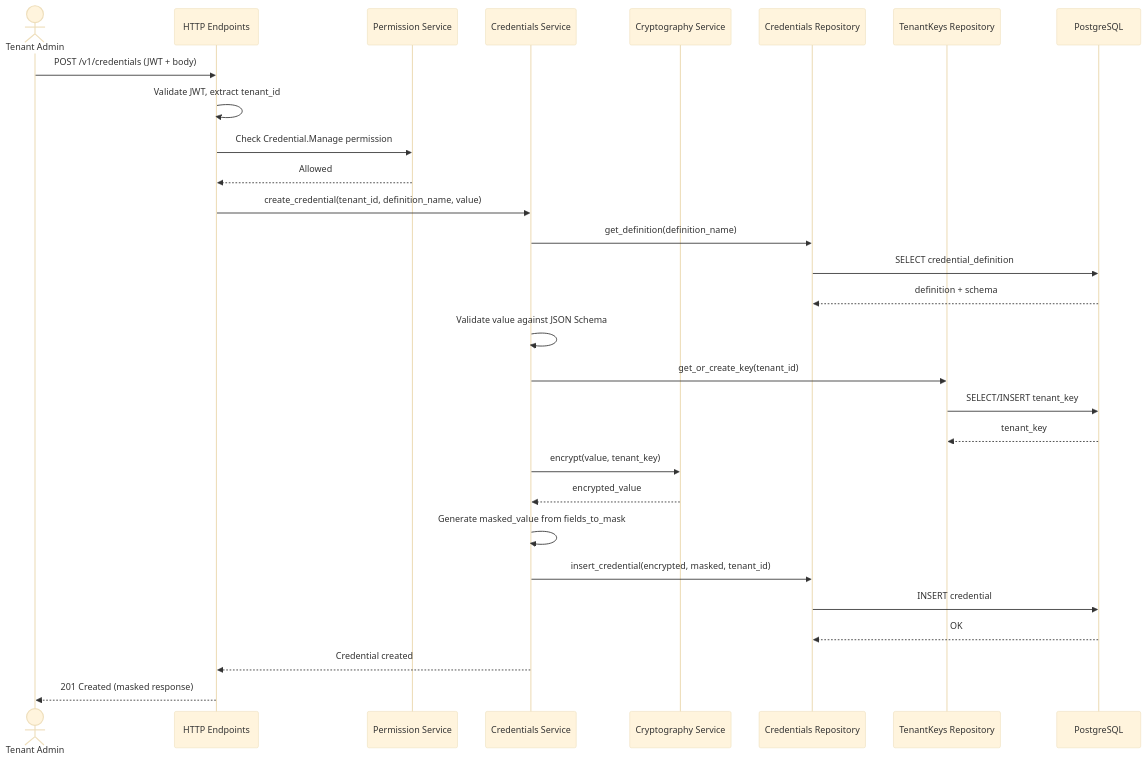
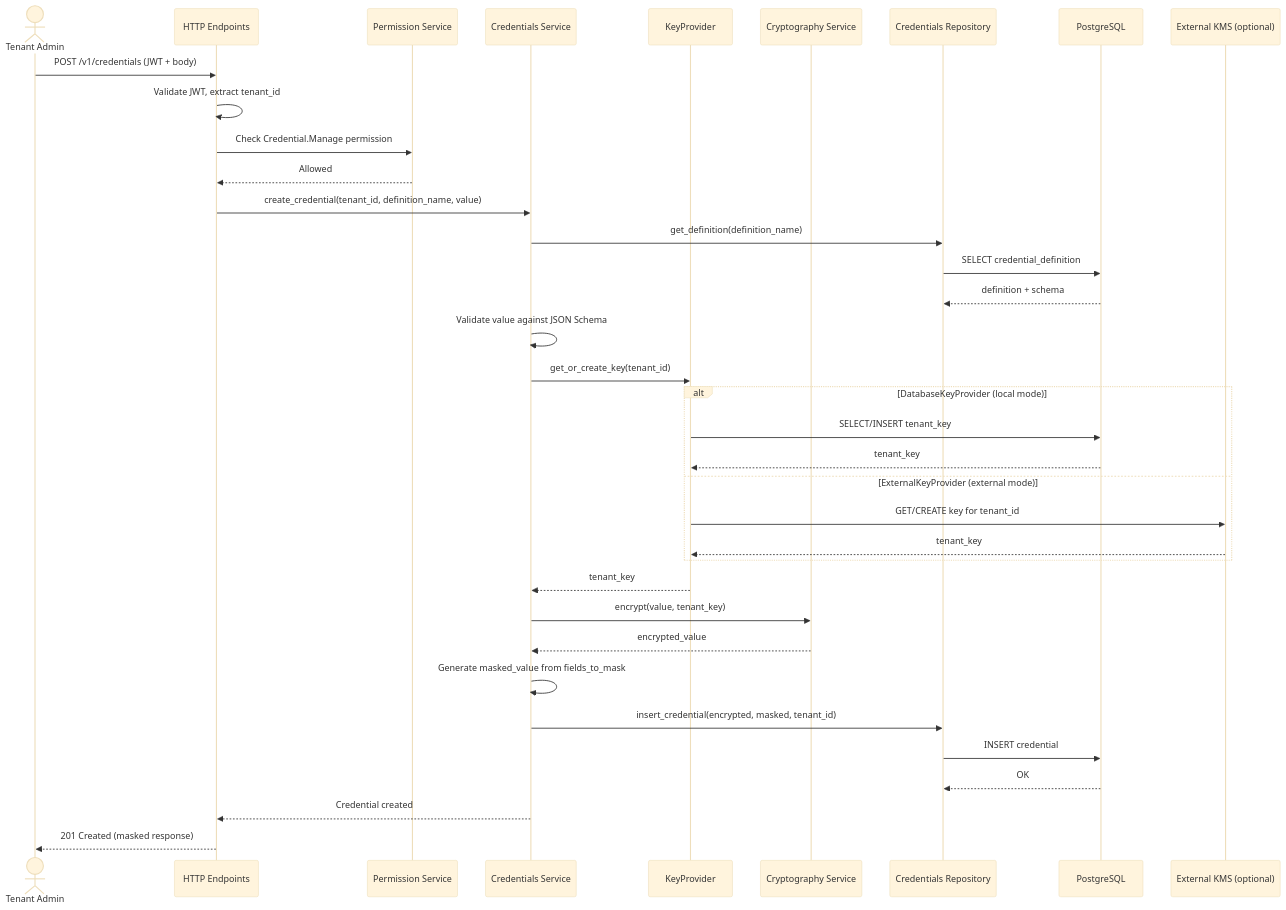
The second of 4 diagrams in modules/credstore/docs/plugins/credentials-storage/DESIGN.md (nullhypothesic/cyberfabric-core), drawn with Mermaid (base theme) before and after one commit. The commit also changed other lines of this file and 1 other file, not shown here.

Commit message:
docs: key provider in credstorage

````diff
--- a/modules/credstore/docs/plugins/credentials-storage/DESIGN.md
+++ b/modules/credstore/docs/plugins/credentials-storage/DESIGN.md
@@ -431,32 +500,39 @@
 ```mermaid
 sequenceDiagram
     actor Admin as Tenant Admin
     participant API as HTTP Endpoints
     participant Perm as Permission Service
     participant Svc as Credentials Service
+    participant KP as KeyProvider
     participant Crypto as Cryptography Service
     participant Repo as Credentials Repository
-    participant Keys as TenantKeys Repository
     participant DB as PostgreSQL
+    participant EXT as External KMS (optional)
 
     Admin->>API: POST /v1/credentials (JWT + body)
     API->>API: Validate JWT, extract tenant_id
     API->>Perm: Check Credential.Manage permission
     Perm-->>API: Allowed
     API->>Svc: create_credential(tenant_id, definition_name, value)
     Svc->>Repo: get_definition(definition_name)
     Repo->>DB: SELECT credential_definition
     DB-->>Repo: definition + schema
     Svc->>Svc: Validate value against JSON Schema
-    Svc->>Keys: get_or_create_key(tenant_id)
-    Keys->>DB: SELECT/INSERT tenant_key
-    DB-->>Keys: tenant_key
+    Svc->>KP: get_or_create_key(tenant_id)
+    alt DatabaseKeyProvider (local mode)
+        KP->>DB: SELECT/INSERT tenant_key
+        DB-->>KP: tenant_key
+    else ExternalKeyProvider (external mode)
+        KP->>EXT: GET/CREATE key for tenant_id
+        EXT-->>KP: tenant_key
+    end
+    KP-->>Svc: tenant_key
     Svc->>Crypto: encrypt(value, tenant_key)
     Crypto-->>Svc: encrypted_value
     Svc->>Svc: Generate masked_value from fields_to_mask
     Svc->>Repo: insert_credential(encrypted, masked, tenant_id)
     Repo->>DB: INSERT credential
     DB-->>Repo: OK
     Svc-->>API: Credential created
     API-->>Admin: 201 Created (masked response)
 ```
````
